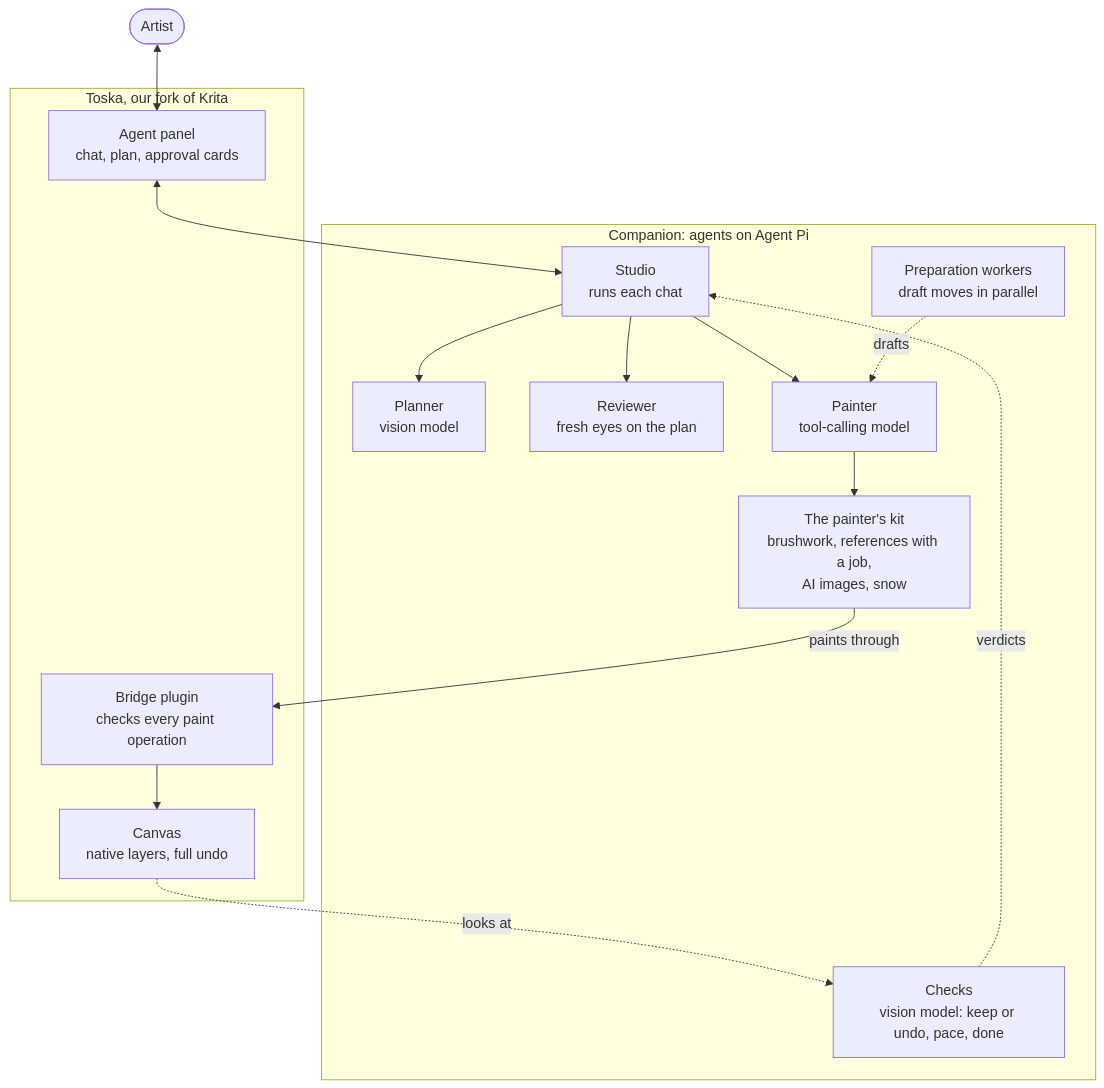
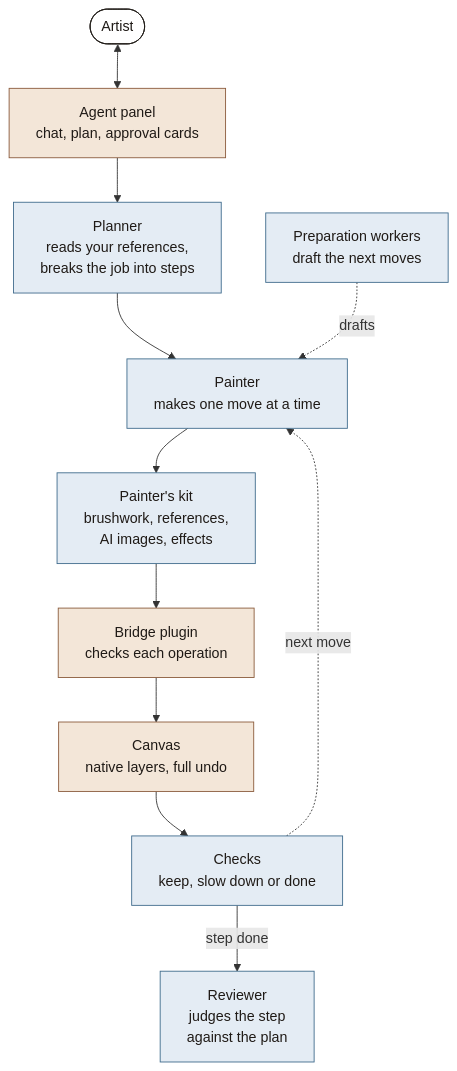
Before and after one commit to yak1234/krita-creative-agent: the diagram in README.md, drawn with Mermaid.

Commit message:
README: a cleaner architecture diagram, one path from the artist to the canvas with the checks looping back to the painter

````diff
--- a/README.md
+++ b/README.md
@@ -39,32 +39,31 @@
 ```mermaid
 flowchart TD
     artist(["Artist"])
-
-    subgraph toska["Toska, our fork of Krita"]
-        panel["Agent panel<br/>chat, plan, approval cards"]
-        bridge["Bridge plugin<br/>checks every paint operation"]
-        canvas["Canvas<br/>native layers, full undo"]
-    end
-
-    subgraph companion["Companion: agents on Agent Pi"]
-        studio["Studio<br/>runs each chat"]
-        planner["Planner<br/>vision model"]
-        reviewer["Reviewer<br/>fresh eyes on the plan"]
-        painter["Painter<br/>tool-calling model"]
-        prep["Preparation workers<br/>draft moves in parallel"]
-        kit["The painter's kit<br/>brushwork, references with a job,<br/>AI images, snow"]
-        checks["Checks<br/>vision model: keep or undo, pace, done"]
-    end
+    panel["Agent panel<br/>chat, plan, approval cards"]
+    planner["Planner<br/>reads your references,<br/>breaks the job into steps"]
+    prep["Preparation workers<br/>draft the next moves"]
+    painter["Painter<br/>makes one move at a time"]
+    kit["Painter's kit<br/>brushwork, references,<br/>AI images, effects"]
+    bridge["Bridge plugin<br/>checks each operation"]
+    canvas["Canvas<br/>native layers, full undo"]
+    checks["Checks<br/>keep, slow down or done"]
+    reviewer["Reviewer<br/>judges the step<br/>against the plan"]
 
     artist <--> panel
-    panel <--> studio
-    studio --> planner
-    studio --> reviewer
-    studio --> painter
+    panel --> planner
+    planner --> painter
     prep -.->|drafts| painter
     painter --> kit
-    kit -->|paints through| bridge
+    kit --> bridge
     bridge --> canvas
-    canvas -.->|looks at| checks
-    checks -.->|verdicts| studio
+    canvas --> checks
+    checks -.->|next move| painter
+    checks -->|step done| reviewer
+
+    classDef person fill:#FFFFFF,stroke:#1F1A16,color:#1F1A16
+    classDef toska fill:#F3E6D8,stroke:#8A5A3B,color:#1F1A16
+    classDef companion fill:#E4ECF4,stroke:#3F6B8C,color:#1F1A16
+    class artist person
+    class panel,bridge,canvas toska
+    class planner,prep,painter,kit,checks,reviewer companion
 ```
````
